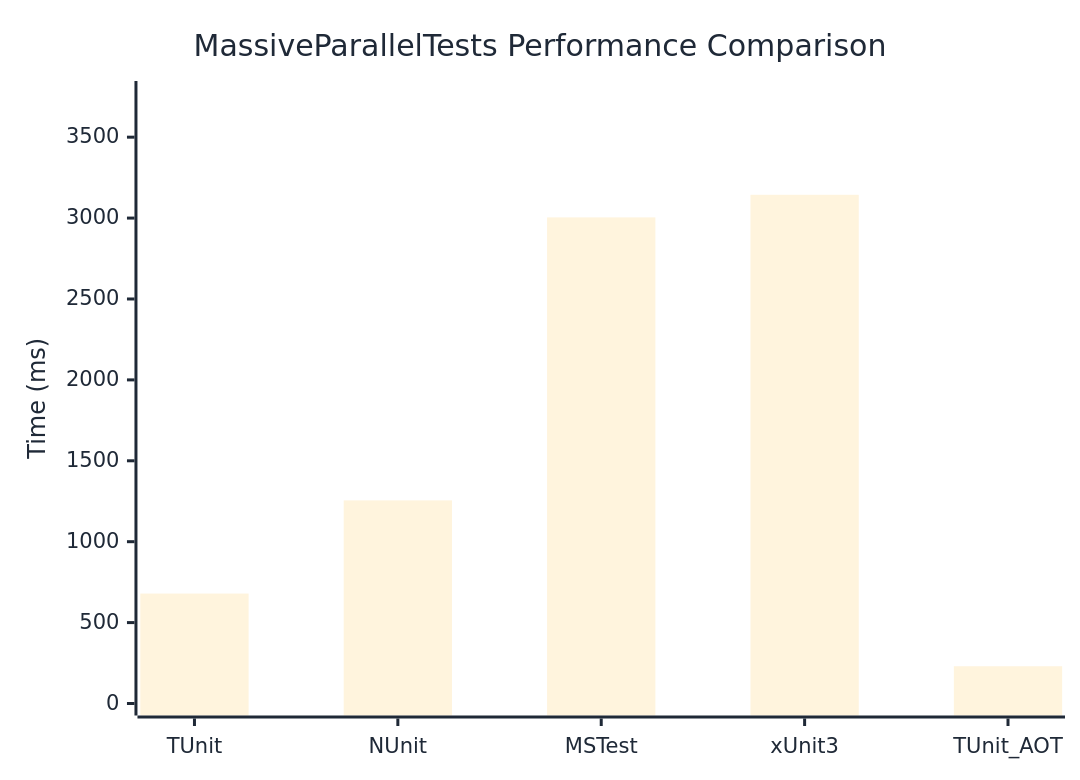
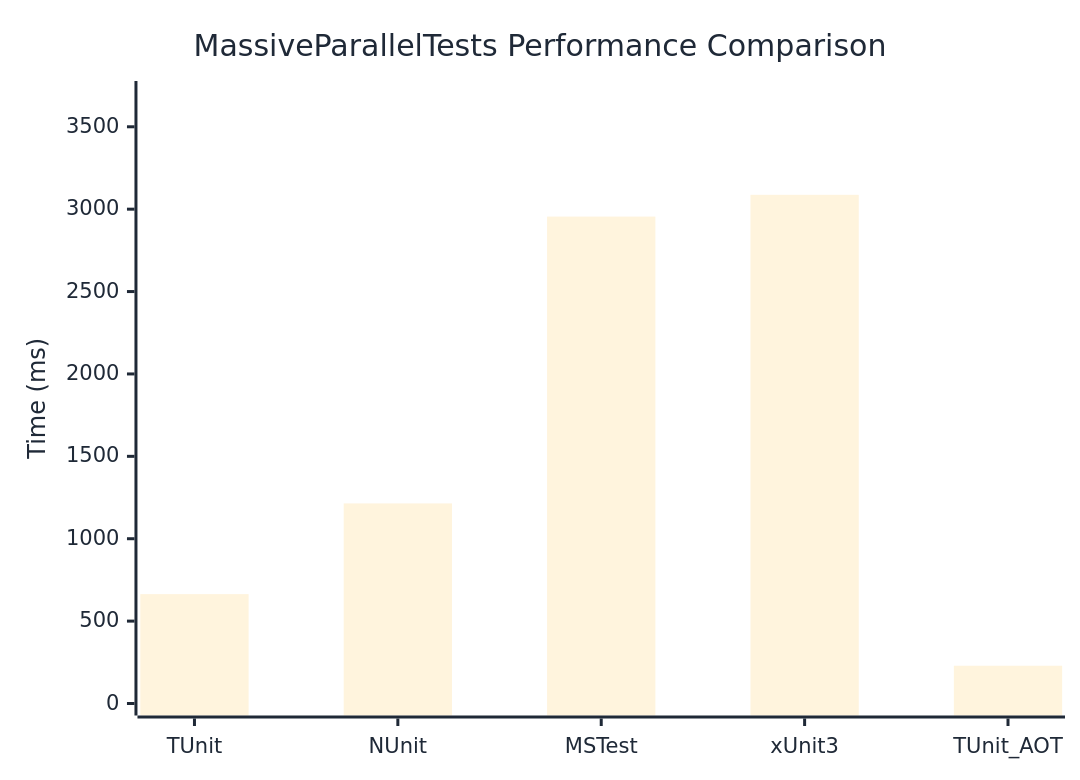
One commit to thomhurst/TUnit changed the diagram in docs/docs/benchmarks/MassiveParallelTests.md. Above: the diagram before and after it, drawn with Mermaid. The commit also changed other lines of this file and 17 other files, not shown here.

````diff
--- a/docs/docs/benchmarks/MassiveParallelTests.md
+++ b/docs/docs/benchmarks/MassiveParallelTests.md
@@ -27,37 +27,37 @@
 ```mermaid
 %%{init: {
   'theme':'base',
   'themeVariables': {
     'primaryColor': '#2563eb',
     'primaryTextColor': '#1f2937',
     'primaryBorderColor': '#1e40af',
     'lineColor': '#6b7280',
     'secondaryColor': '#7c3aed',
     'tertiaryColor': '#dc2626',
     'background': '#ffffff',
     'mainBkg': '#2563eb',
     'secondBkg': '#7c3aed',
     'tertiaryBkg': '#dc2626',
     'clusterBkg': '#f3f4f6',
     'edgeLabelBackground': '#ffffff',
     'tertiaryTextColor': '#1f2937',
     'pie1': '#2563eb',
     'pie2': '#7c3aed',
     'pie3': '#dc2626',
     'pie4': '#f59e0b',
     'pie5': '#10b981',
     'pie6': '#06b6d4',
     'pie7': '#ec4899',
     'pie8': '#6366f1',
     'pie9': '#84cc16',
     'pie10': '#f97316',
     'pie11': '#14b8a6',
     'pie12': '#a855f7'
   }
 }}%%
 xychart-beta
   title "MassiveParallelTests Performance Comparison"
   x-axis ["TUnit", "NUnit", "MSTest", "xUnit3", "TUnit_AOT"]
-  y-axis "Time (ms)" 0 --> 3773
-  bar [679.4, 1255.3, 3004.2, 3143.9, 230.3]
+  y-axis "Time (ms)" 0 --> 3705
+  bar [663.8, 1214.3, 2955, 3087, 229.2]
 ```
````
